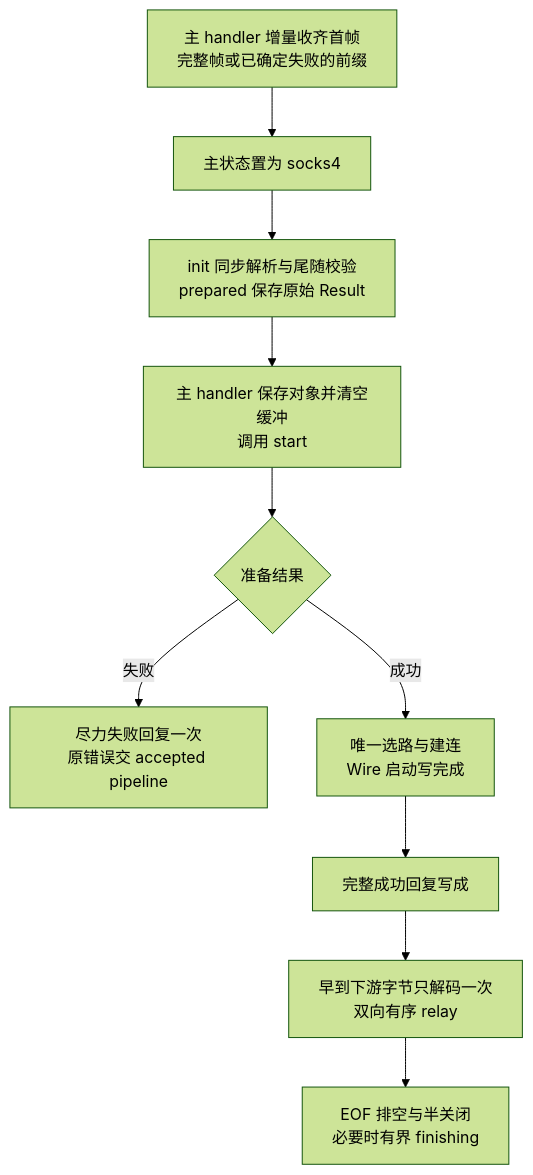
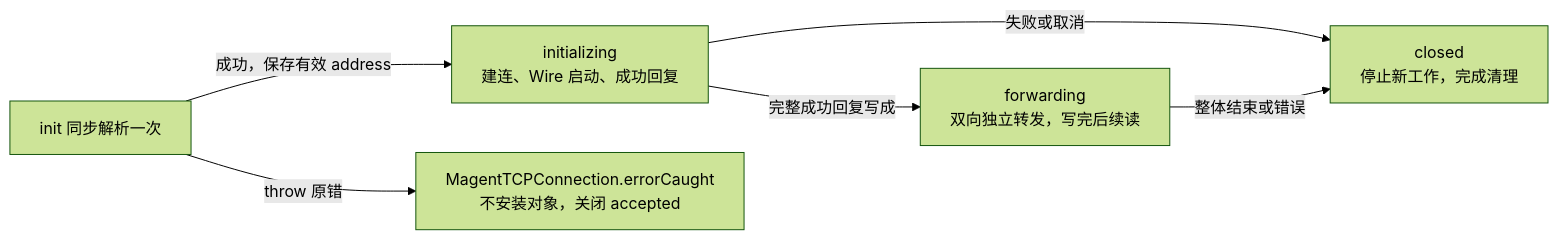
Before and after one commit to marlinl/magent: the diagram in Magent/docs/design/Socks4Connection-DESIGN.md, drawn with Mermaid (forest theme). The commit also changed other lines of this file and 10 other files, not shown here.

````diff
--- a/Magent/docs/design/Socks4Connection-DESIGN.md
+++ b/Magent/docs/design/Socks4Connection-DESIGN.md
@@ -193,12 +304,8 @@
 ```mermaid
-flowchart TD
-    A[主 handler 增量收齐首帧<br/>完整帧或已确定失败的前缀] --> P[主状态置为 socks4]
-    P --> B[init 同步解析与尾随校验<br/>prepared 保存原始 Result]
-    B --> C[主 handler 保存对象并清空缓冲<br/>调用 start]
-    C --> D{准备结果}
-    D -->|失败| E[尽力失败回复一次<br/>原错误交 accepted pipeline]
-    D -->|成功| F[唯一选路与建连<br/>Wire 启动写完成]
-    F --> G[完整成功回复写成]
-    G --> H[早到下游字节只解码一次<br/>双向有序 relay]
-    H --> I[EOF 排空与半关闭<br/>必要时有界 finishing]
+flowchart LR
+    I[init 同步解析一次] -->|成功，保存有效 address| A[initializing<br/>建连、Wire 启动、成功回复]
+    I -->|throw 原错| E[MagentTCPConnection.errorCaught<br/>不安装对象，关闭 accepted]
+    A -->|完整成功回复写成| B[forwarding<br/>双向独立转发，写完后续读]
+    A -->|失败或取消| C[closed<br/>停止新工作，完成清理]
+    B -->|整体结束或错误| C
 ```
````
